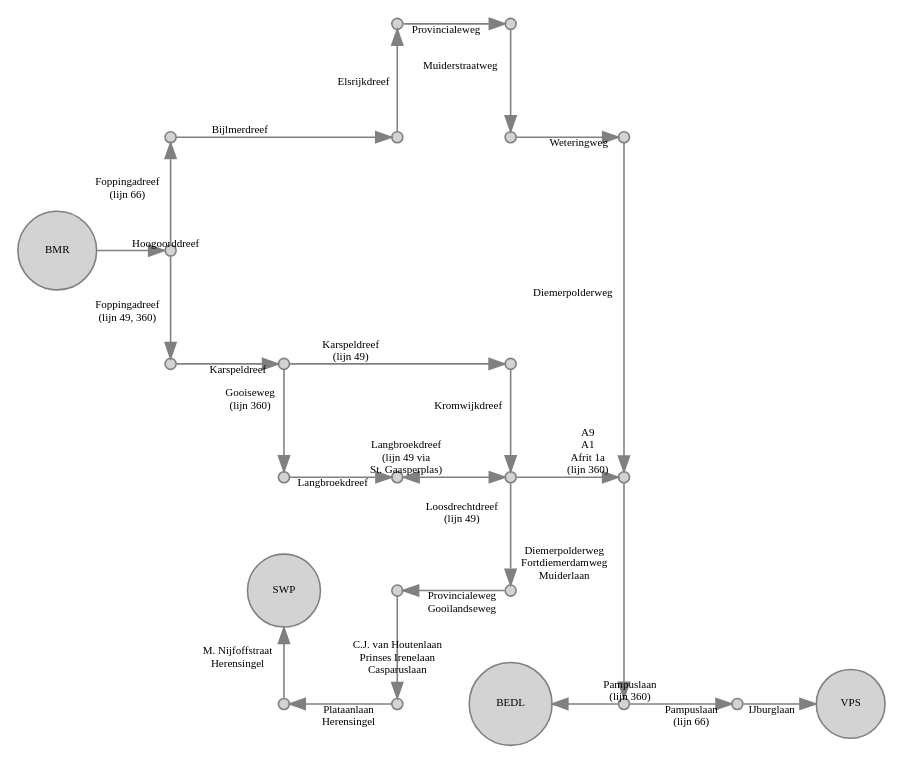
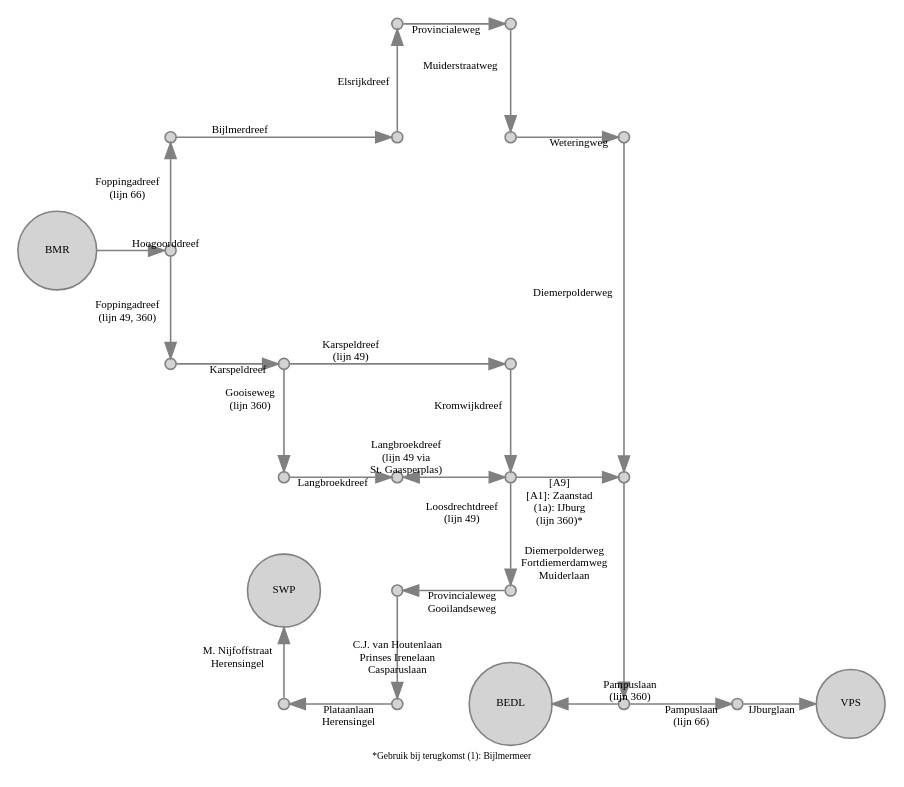
One commit to JacekPardyak/bus changed the diagram in gvb/gvb_BMR.gv. Above: the diagram before and after it, drawn with Graphviz. The commit also changed 14 other files, not shown here.

```diff
--- a/gvb/gvb_BMR.gv
+++ b/gvb/gvb_BMR.gv
@@ -1,79 +1,85 @@
 digraph G {
   layout = neato
   node [shape = circle, style = filled, fillcolor = lightgray, color = gray, height=0.1, label = "", fontsize = 7]
   edge [color = gray, fontsize = 7]
   4900 [pos = "0, 0!", label = "BMR"]
   4901 [pos = "1, 0!"]
   4902 [pos = "1,-1!"]
   4903 [pos = "2,-1!"]
   4904 [pos = "4,-1!"]
   4905 [pos = "4,-2!"]
   4906 [pos = "4,-3!"]
   4907 [pos = "3,-3!"]
   4908 [pos = "3,-4!"]
   4909 [pos = "2,-4!"]
   4910 [pos = "2,-3!", label = "SWP"]
 
   6601 [pos = "1, 1!"]
   6602 [pos = "3, 1!"]
   6603 [pos = "3, 2!"]
   6604 [pos = "4, 2!"]
   6605 [pos = "4, 1!"]
   6606 [pos = "5, 1!"]
   6607 [pos = "5,-2!"]
   6608 [pos = "5,-4!"]
   6609 [pos = "6,-4!"]
   6610 [pos = "7,-4!", label = "VPS"]
 
   36001 [pos = "2,-2!"]
   36002 [pos = "3,-2!"]
   36003 [pos = "4,-4!", label = "BEDL"]
 
   4900 -> 4901 [label = "Hoogoorddreef"]
   4901 -> 4902 [label = "Foppingadreef 
  (lijn 49, 360)"]
   4902 -> 4903 [label = "Karspeldreef"]
   4903 -> 4904 [label = "Karspeldreef 
  (lijn 49)"]
   4904 -> 4905 [label = "Kromwijkdreef"]
   4905 -> 4906 [label = "Loosdrechtdreef 
  (lijn 49)"]
   4906 -> 4907 [label = "Provincialeweg 
  Gooilandseweg"]
   4907 -> 4908 [label = "C.J. van Houtenlaan 
  Prinses Irenelaan 
  Casparuslaan"]
   4908 -> 4909 [label = "Plataanlaan 
  Herensingel"]
   4909 -> 4910 [label = "M. Nijfoffstraat 
  Herensingel"]
 
   4903 -> 36001 [label = "Gooiseweg 
  (lijn 360)"]
   36001 -> 36002 [label = "Langbroekdreef"]
   36002 -> 4905 [dir = "both", label = "Langbroekdreef 
  (lijn 49 via
 St. Gaasperplas)"]
 
   4901 -> 6601 [label = "Foppingadreef 
  (lijn 66)"]
   6601 -> 6602 [label = "Bijlmerdreef"]
   6602 -> 6603 [label = "Elsrijkdreef"]
   6603 -> 6604 [label = "Provincialeweg"]
   6604 -> 6605 [label = "Muiderstraatweg"]
   6605 -> 6606 [label = "Weteringweg"]
 
   6606 -> 6607 [label = "Diemerpolderweg"]
   6607 -> 6608 [label = "Diemerpolderweg 
  Fortdiemerdamweg 
  Muiderlaan"]
   6608 -> 36003 [label = "Pampuslaan 
  (lijn 360)"]
   6608 -> 6609 [label = "Pampuslaan 
  (lijn 66)"]
   6609 -> 6610 [label = "IJburglaan"]
-  4905 -> 6607 [label = "A9 
- A1 
- Afrit 1a 
- (lijn 360)"]
+  4905 -> 6607 [label = "[A9] 
+ [A1]: Zaanstad 
+ (1a): IJburg 
+ (lijn 360)*"]
+  
+  labelloc="b"
+  label="*Gebruik bij terugkomst (1): Bijlmermeer"
+  fontsize=6
+  
+  
 }
```
